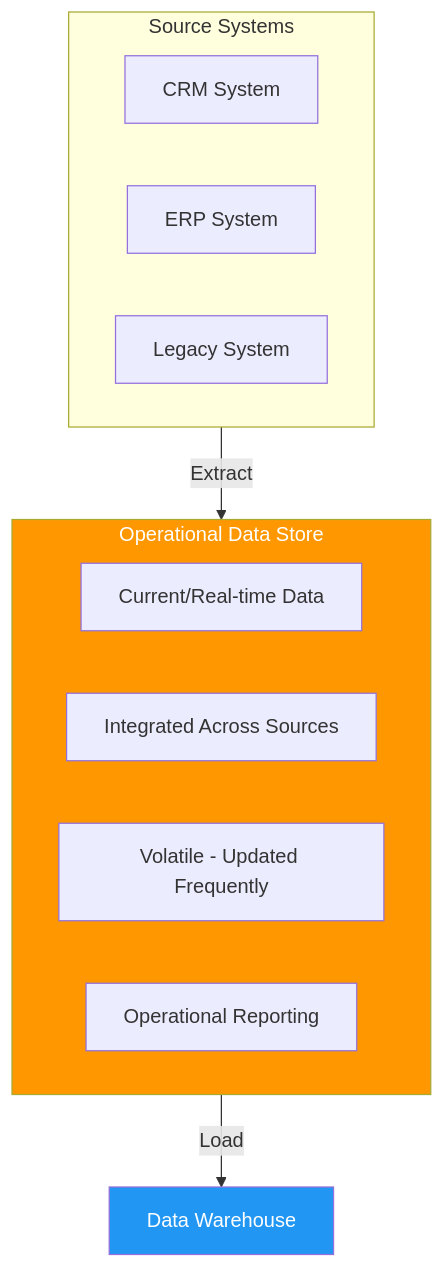
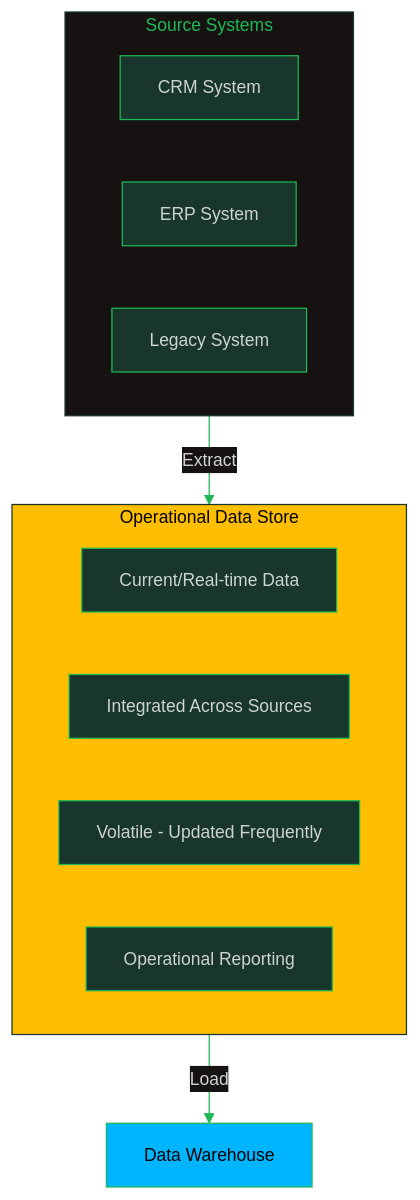
One commit to oat431/swe-knowledge changed the seventh of 7 diagrams in computing-foundation-note/Database/04 Data Warehousing/04_Data_Warehousing_and_Mining.md. Above: the diagram before and after it, drawn with Mermaid. The commit also changed other lines of this file and 139 other files, not shown here.

````diff
--- a/computing-foundation-note/Database/04 Data Warehousing/04_Data_Warehousing_and_Mining.md
+++ b/computing-foundation-note/Database/04 Data Warehousing/04_Data_Warehousing_and_Mining.md
@@ -395,23 +401,24 @@
 ```mermaid
+%%{init: {'theme':'base','themeVariables':{'primaryColor':'#19362D','primaryTextColor':'#CDD3D1','primaryBorderColor':'#1FB854','lineColor':'#1FB854','secondaryColor':'#161212','tertiaryColor':'#1B1717','background':'#1B1717','mainBkg':'#19362D','nodeBorder':'#1FB854','clusterBkg':'#161212','clusterBorder':'#19362D','titleColor':'#1FB854','edgeLabelBackground':'#161212','fontSize':'14px'}}}%%
 flowchart TD
     subgraph SOURCES["Source Systems"]
         CRM[CRM System]
         ERP[ERP System]
         LEGACY[Legacy System]
     end
 
     subgraph ODS["Operational Data Store"]
         CURRENT[Current/Real-time Data]
         INTEGRATED[Integrated Across Sources]
         VOLATILE[Volatile - Updated Frequently]
         REPORTING[Operational Reporting]
     end
 
     DW2[Data Warehouse]
 
     SOURCES -->|Extract| ODS
     ODS -->|Load| DW2
 
-    style ODS fill:#FF9800,color:#fff
-    style DW2 fill:#2196F3,color:#fff
+    style ODS fill:#FFBE00,color:#000000
+    style DW2 fill:#00B5FF,color:#000000
 ```
````
